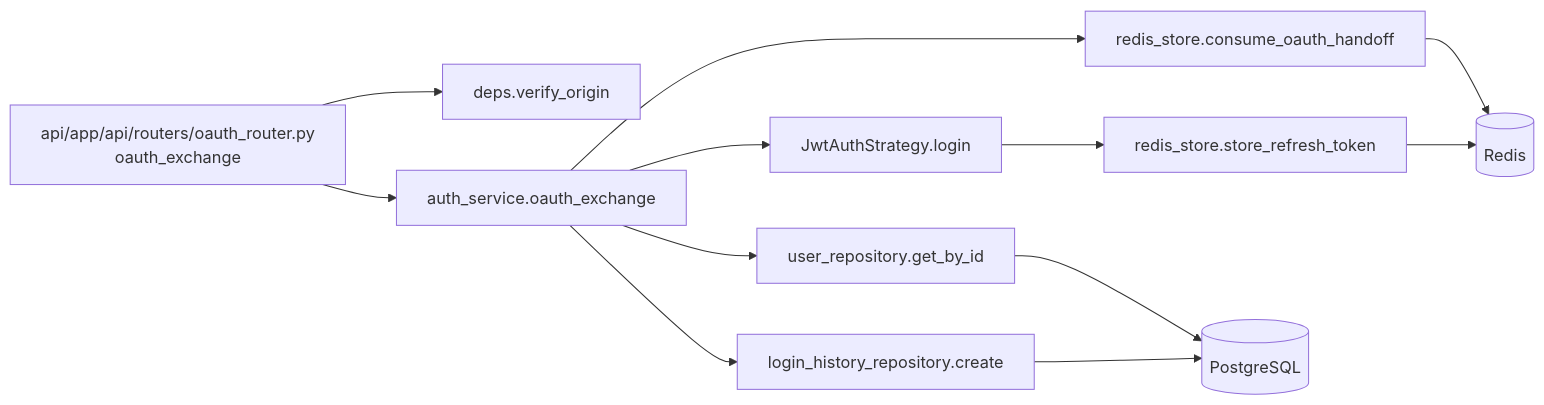
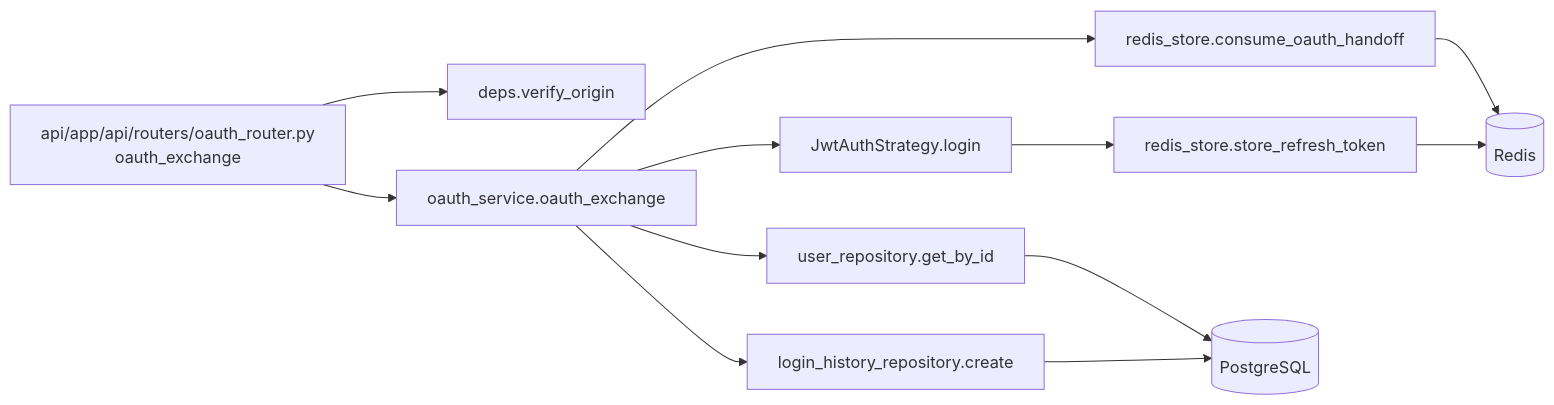
Before and after one commit to oikawa-d/task_management: the third of 4 diagrams in docs/detailed_design/api/auth/13_post_auth_oauth_exchange.md, drawn with Mermaid. The commit also changed other lines of this file and 29 other files, not shown here.

````diff
--- a/docs/detailed_design/api/auth/13_post_auth_oauth_exchange.md
+++ b/docs/detailed_design/api/auth/13_post_auth_oauth_exchange.md
@@ -261,14 +261,14 @@
 ```mermaid
 flowchart LR
     R["api/app/api/routers/oauth_router.py<br/>oauth_exchange"] --> D["deps.verify_origin"]
-    R --> S["auth_service.oauth_exchange"]
+    R --> S["oauth_service.oauth_exchange"]
     S --> RS1["redis_store.consume_oauth_handoff"]
     S --> URP["user_repository.get_by_id"]
     S --> JWTS["JwtAuthStrategy.login"]
     S --> LRP["login_history_repository.create"]
     JWTS --> RS2["redis_store.store_refresh_token"]
     RS1 --> RD[("Redis")]
     RS2 --> RD
     URP --> PG[("PostgreSQL")]
     LRP --> PG
 ```
````
